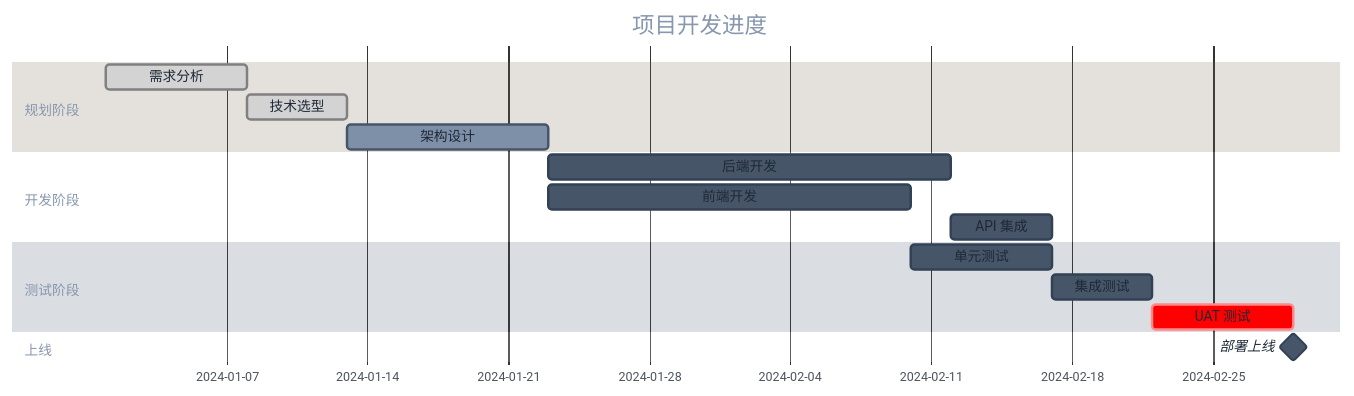
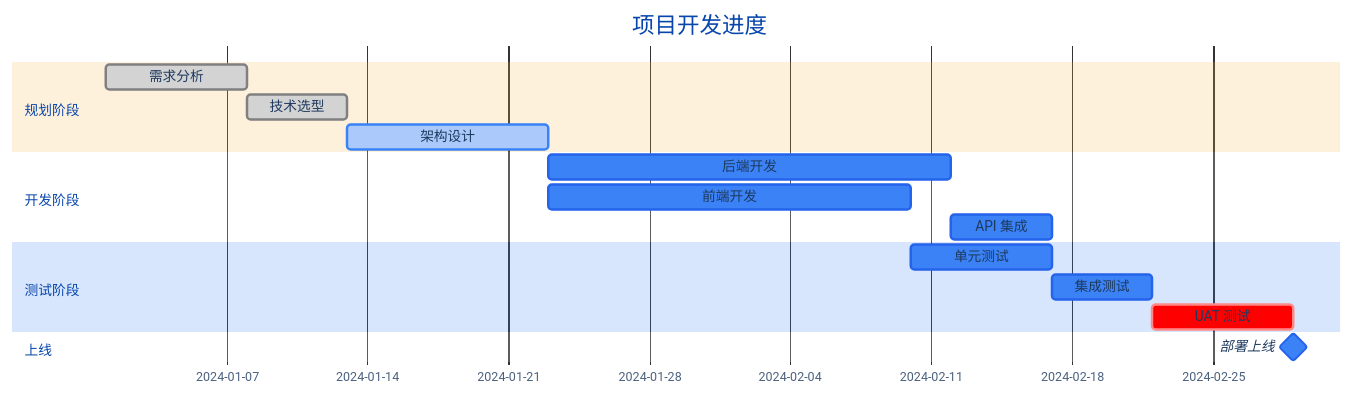
One commit to unix2dos/skills changed the tenth of 17 diagrams in mermaid-generator/SKILL.md. Above: the diagram before and after it, drawn with Mermaid. The commit also changed other lines of this file, not shown here.

Commit message:
feat: Update Mermaid theme colors to a brighter blue palette

````diff
--- a/mermaid-generator/SKILL.md
+++ b/mermaid-generator/SKILL.md
@@ -341,24 +341,24 @@
 ```mermaid
-%%{init: {'theme': 'base', 'themeVariables': {'primaryColor': '#475569', 'primaryTextColor': '#1F2937', 'primaryBorderColor': '#334155', 'gridColor': '#E5E7EB', 'todayLineColor': '#DC2626'}}}%%
+%%{init: {'theme': 'base', 'themeVariables': {'primaryColor': '#3B82F6', 'primaryTextColor': '#1E3A5F', 'primaryBorderColor': '#2563EB', 'gridColor': '#E5E7EB', 'todayLineColor': '#EF4444'}}}%%
 gantt
     title 项目开发进度
     dateFormat  YYYY-MM-DD
 
     section 规划阶段
     需求分析           :done,    des1, 2024-01-01, 7d
     技术选型           :done,    des2, after des1, 5d
     架构设计           :active,  des3, after des2, 10d
 
     section 开发阶段
     后端开发           :         dev1, after des3, 20d
     前端开发           :         dev2, after des3, 18d
     API 集成           :         dev3, after dev1, 5d
 
     section 测试阶段
     单元测试           :         test1, after dev2, 7d
     集成测试           :         test2, after dev3, 5d
     UAT 测试           :crit,    test3, after test2, 7d
 
     section 上线
     部署上线           :milestone, m1, after test3, 0d
 ```
````
